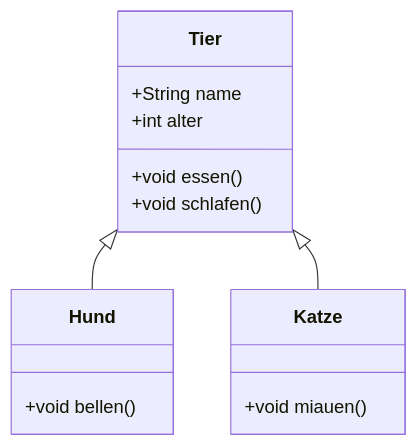
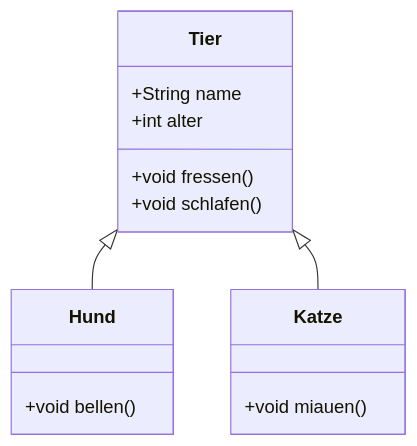
One commit to zccz14/CZON changed the fourth of 7 diagrams in .czon/src/de-DE/8938d6aac9c056c06137a041b8e82379bfb619bb6d435b9ecec515337dd0cd69.md. Above: the diagram before and after it, drawn with Mermaid. The commit also changed other lines of this file and 148 other files, not shown here.

````diff
--- a/.czon/src/de-DE/8938d6aac9c056c06137a041b8e82379bfb619bb6d435b9ecec515337dd0cd69.md
+++ b/.czon/src/de-DE/8938d6aac9c056c06137a041b8e82379bfb619bb6d435b9ecec515337dd0cd69.md
@@ -70,18 +69,18 @@
 ```mermaid
 classDiagram
     class Tier {
         +String name
         +int alter
-        +void essen()
+        +void fressen()
         +void schlafen()
     }
     class Hund {
         +void bellen()
     }
     class Katze {
         +void miauen()
     }
 
     Tier <|-- Hund
     Tier <|-- Katze
 ```
````
